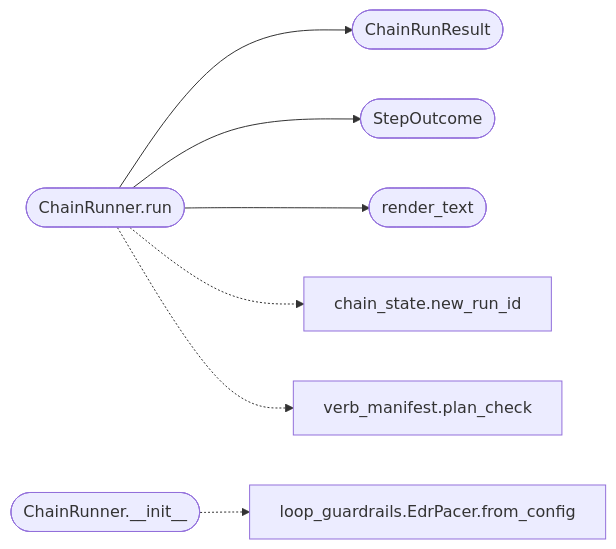
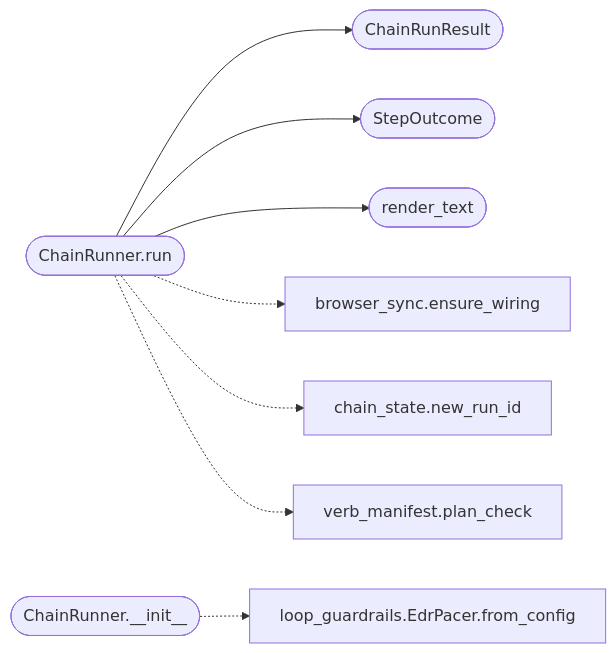
Before and after one commit to grisuno/LazyOwn: the second of 2 diagrams in readmenator-apidocs/modules/modules.chain_runner.py.md, drawn with Mermaid. The commit also changed other lines of this file and 508 other files, not shown here.

````diff
--- a/readmenator-apidocs/modules/modules.chain_runner.py.md
+++ b/readmenator-apidocs/modules/modules.chain_runner.py.md
@@ -88,17 +89,19 @@
 ```mermaid
 flowchart LR
     n_modules_chain_runner_py__ChainRunner_run(["ChainRunner.run"])
     n_modules_chain_runner_py__ChainRunResult(["ChainRunResult"])
     n_modules_chain_runner_py__StepOutcome(["StepOutcome"])
     n_modules_chain_runner_py__render_text(["render_text"])
     n_modules_chain_runner_py__ChainRunner___init__(["ChainRunner.__init__"])
     n_modules_loop_guardrails_py__EdrPacer_from_config["loop_guardrails.EdrPacer.from_config"]
+    n_modules_browser_sync_py__ensure_wiring["browser_sync.ensure_wiring"]
     n_modules_chain_state_py__new_run_id["chain_state.new_run_id"]
     n_modules_verb_manifest_py__plan_check["verb_manifest.plan_check"]
     n_modules_chain_runner_py__ChainRunner_run --> n_modules_chain_runner_py__ChainRunResult
     n_modules_chain_runner_py__ChainRunner_run --> n_modules_chain_runner_py__StepOutcome
     n_modules_chain_runner_py__ChainRunner_run --> n_modules_chain_runner_py__render_text
     n_modules_chain_runner_py__ChainRunner___init__ -.-> n_modules_loop_guardrails_py__EdrPacer_from_config
+    n_modules_chain_runner_py__ChainRunner_run -.-> n_modules_browser_sync_py__ensure_wiring
     n_modules_chain_runner_py__ChainRunner_run -.-> n_modules_chain_state_py__new_run_id
     n_modules_chain_runner_py__ChainRunner_run -.-> n_modules_verb_manifest_py__plan_check
 ```
````
